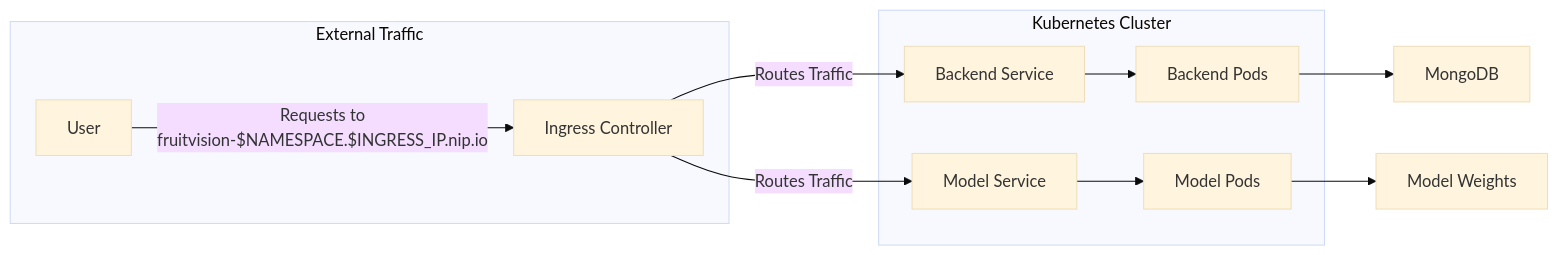
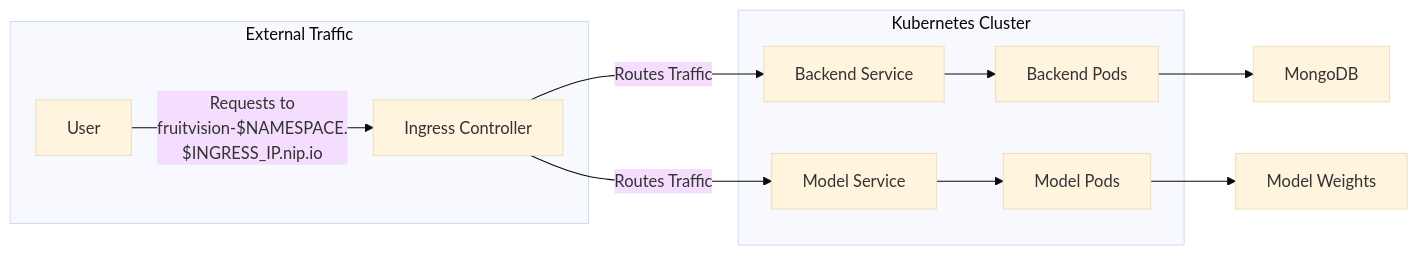
The diagram in README.md (hibadaoud/CI-CD-Pipeine-Azure-Kubernetes-For-FruitVision-Application), drawn with Mermaid (base theme) before and after one commit.

````diff
--- a/README.md
+++ b/README.md
@@ -155,18 +155,18 @@
 ```mermaid
 graph LR
   subgraph External Traffic
-    User -->|Requests to<br>fruitvision-$NAMESPACE.$INGRESS_IP.nip.io| Ingress[Ingress Controller]
+    User -->|Requests to<br>fruitvision-$NAMESPACE.<br>$INGRESS_IP.nip.io| Ingress[Ingress Controller]
   end
   
   subgraph Kubernetes Cluster
     Ingress -->|Routes Traffic| BackendService[Backend Service]
     Ingress -->|Routes Traffic| ModelService[Model Service]
     
     BackendService --> BackendPods[Backend Pods]
     ModelService --> ModelPods[Model Pods]
   end
   
   BackendPods --> MongoDB[MongoDB]
   ModelPods --> PersistentStorage[Model Weights] 
  
 ```
````
